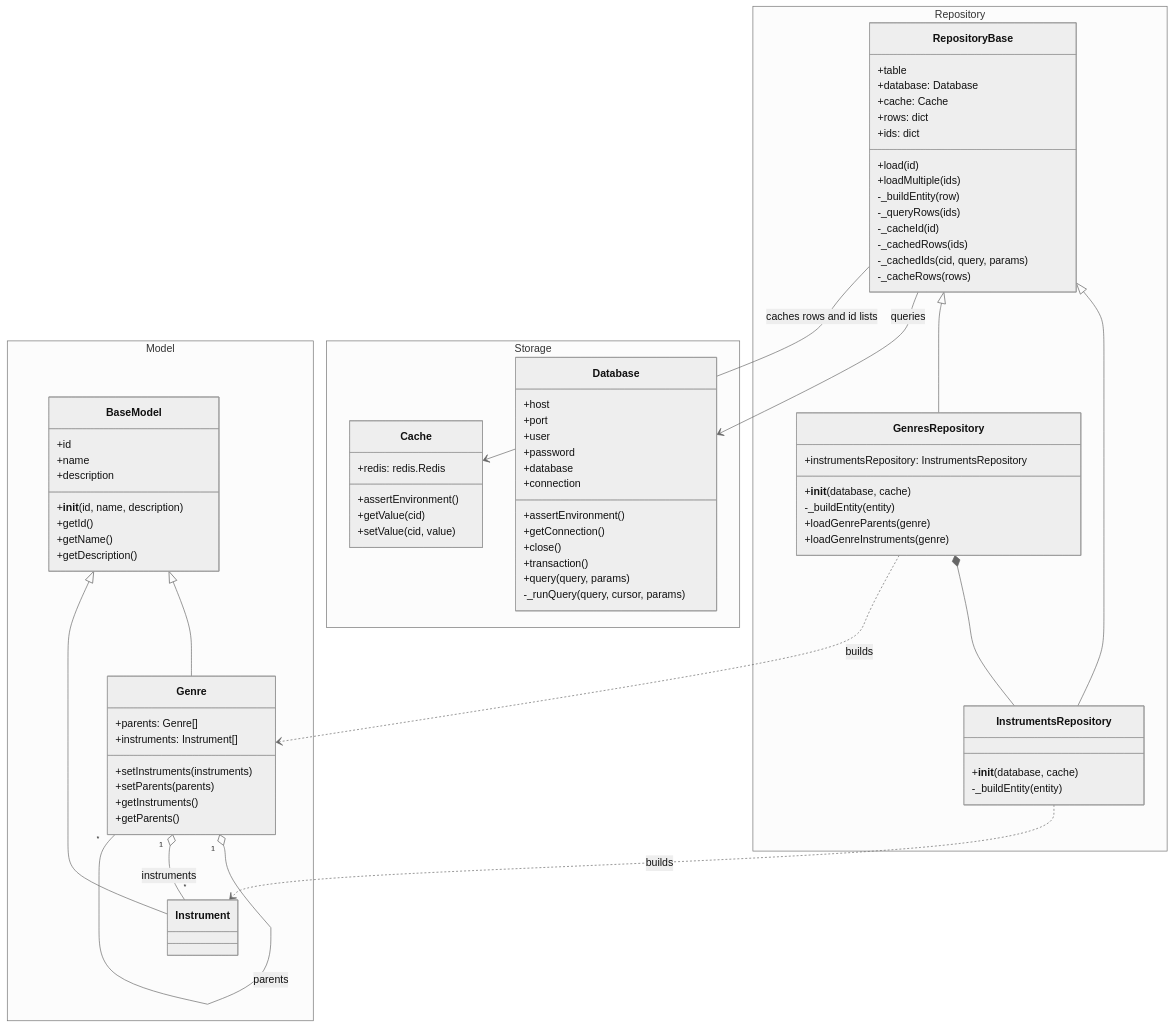
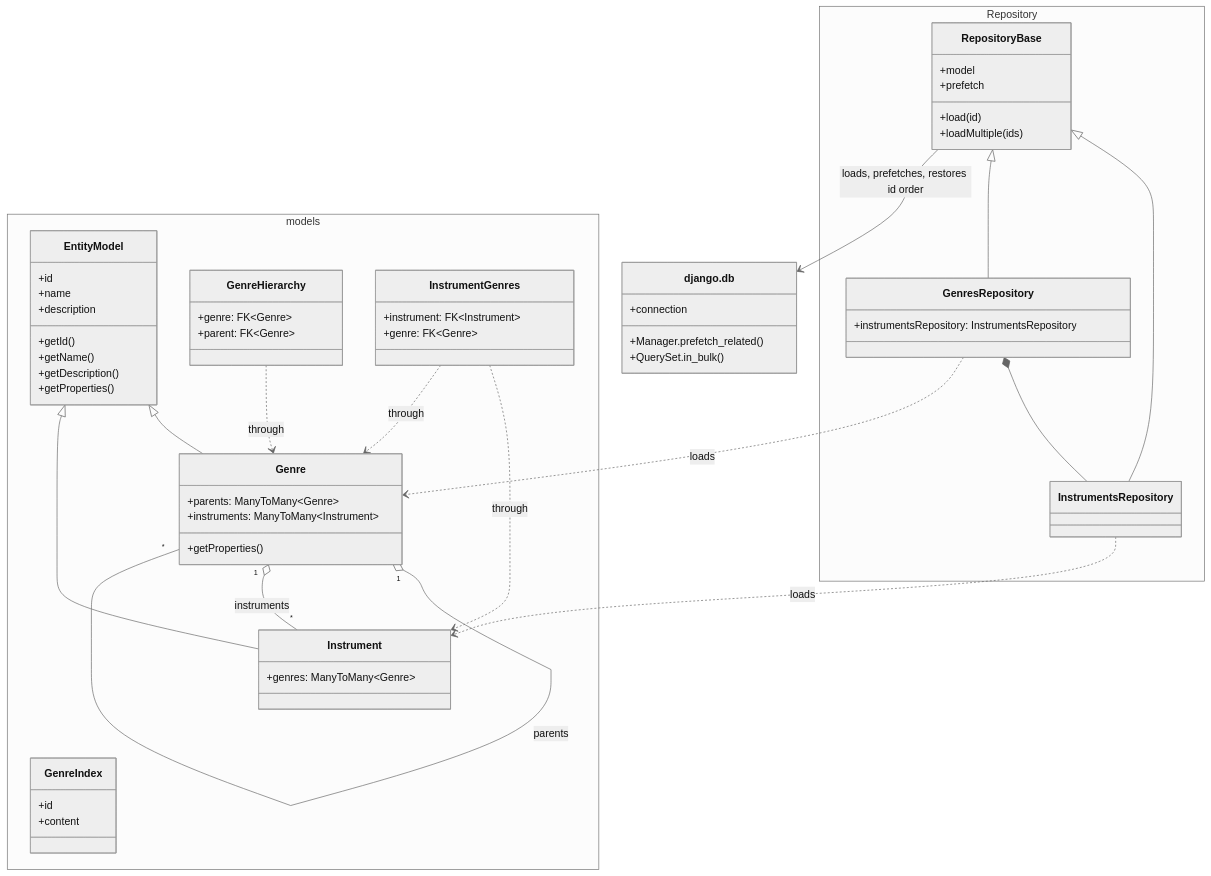
The diagram in docs/architecture.md (omarlopesino/musical-genres-rag), drawn with Mermaid (neutral theme) before and after one commit. The commit also changed other lines of this file and 32 other files, not shown here.

First line of the commit message:
Port the project to django

````diff
--- a/docs/architecture.md
+++ b/docs/architecture.md
@@ -6,97 +10,79 @@
 classDiagram
     direction TB
 
-    namespace Model {
-        class BaseModel {
+    namespace models {
+        class EntityModel {
             +id
             +name
             +description
-            +__init__(id, name, description)
             +getId()
             +getName()
             +getDescription()
+            +getProperties()
         }
 
         class Genre {
-            +parents: Genre[]
-            +instruments: Instrument[]
-            +setInstruments(instruments)
-            +setParents(parents)
-            +getInstruments()
-            +getParents()
+            +parents: ManyToMany~Genre~
+            +instruments: ManyToMany~Instrument~
+            +getProperties()
         }
 
         class Instrument {
-        }
-    }
-
-    namespace Storage {
-        class Cache {
-            +redis: redis.Redis
-            +assertEnvironment()
-            +getValue(cid)
-            +setValue(cid, value)
+            +genres: ManyToMany~Genre~
         }
 
-        class Database {
-            +host
-            +port
-            +user
-            +password
-            +database
-            +connection
-            +assertEnvironment()
-            +getConnection()
-            +close()
-            +transaction()
-            +query(query, params)
-            -_runQuery(query, cursor, params)
+        class GenreHierarchy {
+            +genre: FK~Genre~
+            +parent: FK~Genre~
+        }
+
+        class InstrumentGenres {
+            +instrument: FK~Instrument~
+            +genre: FK~Genre~
+        }
+
+        class GenreIndex {
+            +id
+            +content
         }
     }
 
     namespace Repository {
         class RepositoryBase {
-            +table
-            +database: Database
-            +cache: Cache
-            +rows: dict
-            +ids: dict
+            +model
+            +prefetch
             +load(id)
             +loadMultiple(ids)
-            -_buildEntity(row)
-            -_queryRows(ids)
-            -_cacheId(id)
-            -_cachedRows(ids)
-            -_cachedIds(cid, query, params)
-            -_cacheRows(rows)
         }
 
         class InstrumentsRepository {
-            +__init__(database, cache)
-            -_buildEntity(entity)
         }
 
         class GenresRepository {
             +instrumentsRepository: InstrumentsRepository
-            +__init__(database, cache)
-            -_buildEntity(entity)
-            +loadGenreParents(genre)
-            +loadGenreInstruments(genre)
         }
     }
 
-    BaseModel <|-- Genre
-    BaseModel <|-- Instrument
+    class DjangoORM["django.db"] {
+        +connection
+        +Manager.prefetch_related()
+        +QuerySet.in_bulk()
+    }
+
+    EntityModel <|-- Genre
+    EntityModel <|-- Instrument
     RepositoryBase <|-- InstrumentsRepository
     RepositoryBase <|-- GenresRepository
 
     Genre "1" o-- "*" Genre : parents
     Genre "1" o-- "*" Instrument : instruments
+    GenreHierarchy ..> Genre : through
+    InstrumentGenres ..> Instrument : through
+    InstrumentGenres ..> Genre : through
 
-    RepositoryBase --> Database : queries
-    RepositoryBase --> Cache : caches rows and id lists
+    RepositoryBase --> DjangoORM : loads, prefetches, restores id order
     GenresRepository *-- InstrumentsRepository
 
-    InstrumentsRepository ..> Instrument : builds
-    GenresRepository ..> Genre : builds
+    InstrumentsRepository ..> Instrument : loads
+    GenresRepository ..> Genre : loads
 ```
````
